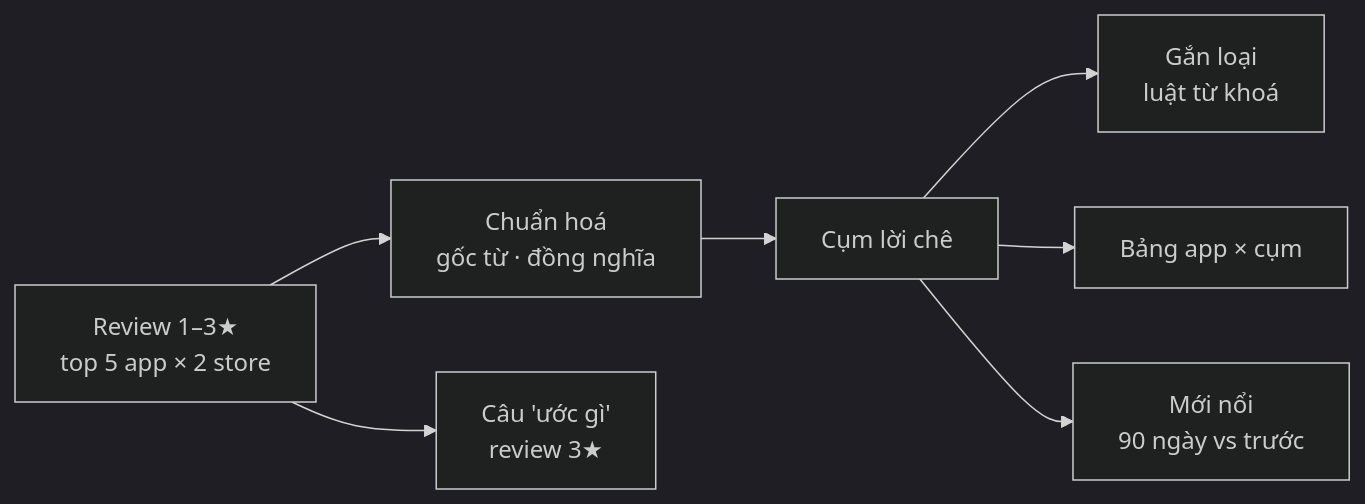
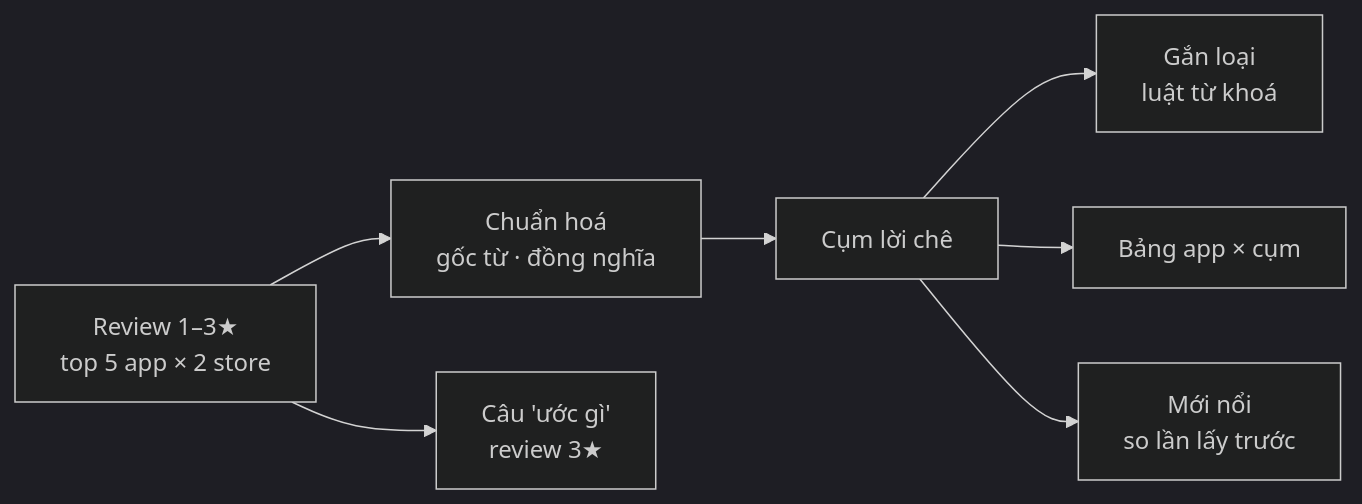
One commit to nvminhtu/niche-radar-docs changed the diagram in docs/web/phase-12-competitor-complaints.md. Above: the diagram before and after it, drawn with Mermaid (dark theme). The commit also changed other lines of this file and 22 other files, not shown here.

Commit message:
docs: sync — review plan Phase 12–23 (mới nổi qua review_seen, tuyến C doanh thu, AI tách phần cần key, migration chung 14+15, Cần xong trước)

````diff
--- a/docs/web/phase-12-competitor-complaints.md
+++ b/docs/web/phase-12-competitor-complaints.md
@@ -16,9 +20,9 @@
 ```mermaid
 flowchart LR
   R[Review 1–3★<br/>top 5 app × 2 store] --> N[Chuẩn hoá<br/>gốc từ · đồng nghĩa]
   N --> C[Cụm lời chê]
   C --> T[Gắn loại<br/>luật từ khoá]
   C --> A[Bảng app × cụm]
-  C --> H[Mới nổi<br/>90 ngày vs trước]
+  C --> H[Mới nổi<br/>so lần lấy trước]
   R --> W[Câu 'ước gì'<br/>review 3★]
 ```
````
